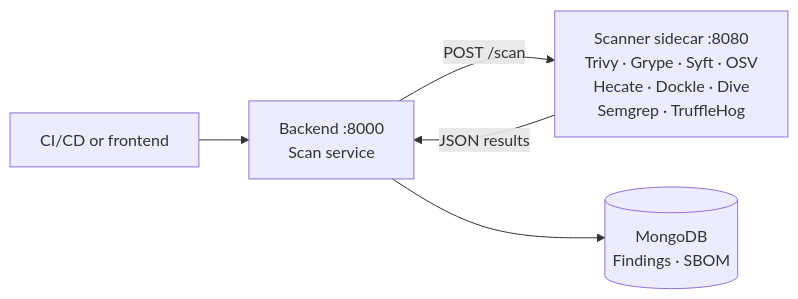
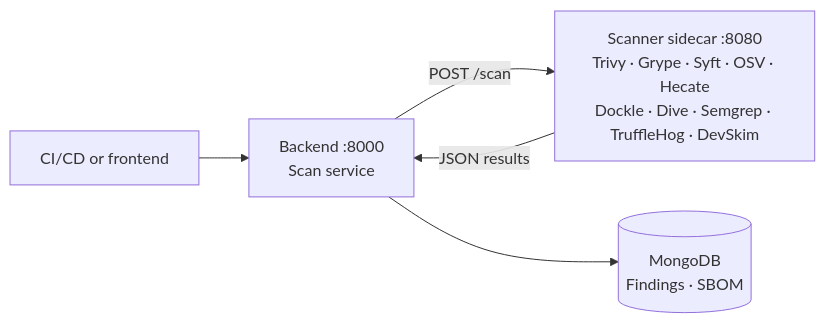
One commit to 0x3e4/hecate changed the diagram in scanner/README.md. Above: the diagram before and after it, drawn with Mermaid. The commit also changed 11 other files, not shown here.

````diff
--- a/scanner/README.md
+++ b/scanner/README.md
@@ -40,12 +40,12 @@
 ```mermaid
 flowchart LR
     Trigger[CI/CD or frontend]
     Backend["Backend :8000<br/>Scan service"]
-    Sidecar["Scanner sidecar :8080<br/>Trivy · Grype · Syft · OSV<br/>Hecate · Dockle · Dive<br/>Semgrep · TruffleHog"]
+    Sidecar["Scanner sidecar :8080<br/>Trivy · Grype · Syft · OSV · Hecate<br/>Dockle · Dive · Semgrep · TruffleHog · DevSkim"]
     Mongo[(MongoDB<br/>Findings · SBOM)]
 
     Trigger --> Backend
     Backend -- "POST /scan" --> Sidecar
     Sidecar -- "JSON results" --> Backend
     Backend --> Mongo
 ```
````
